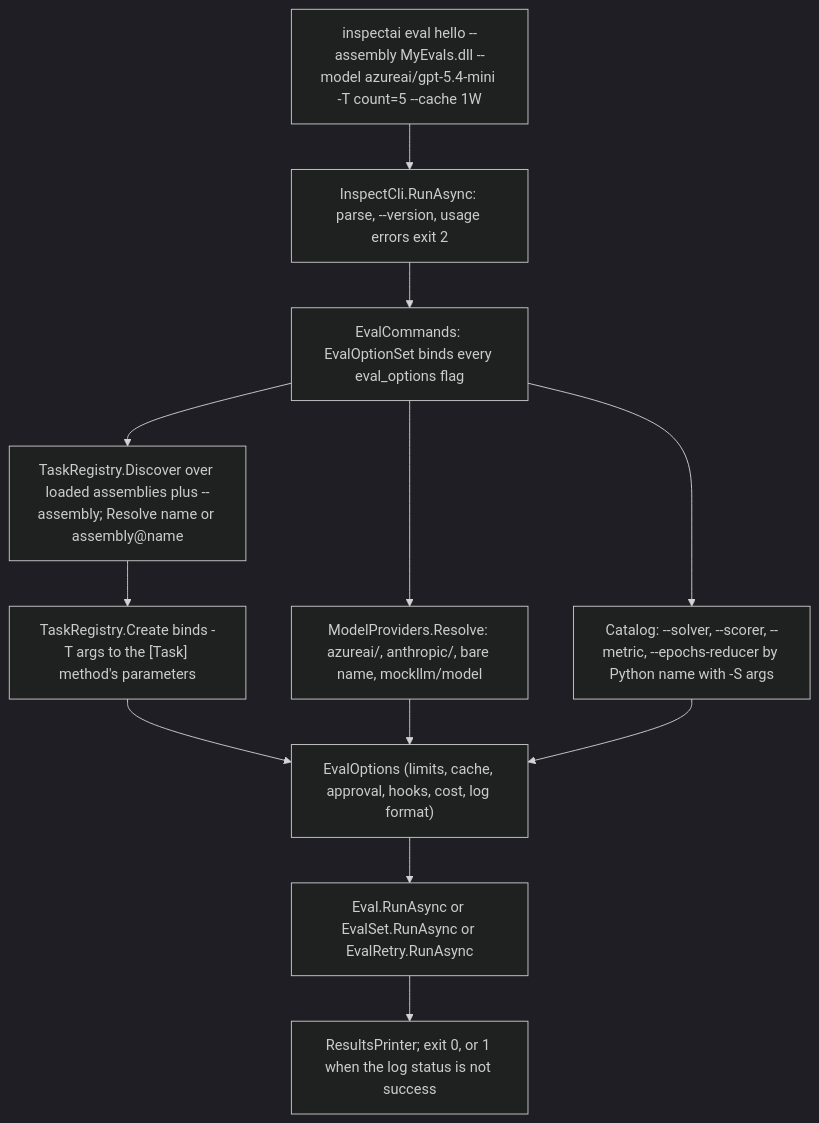
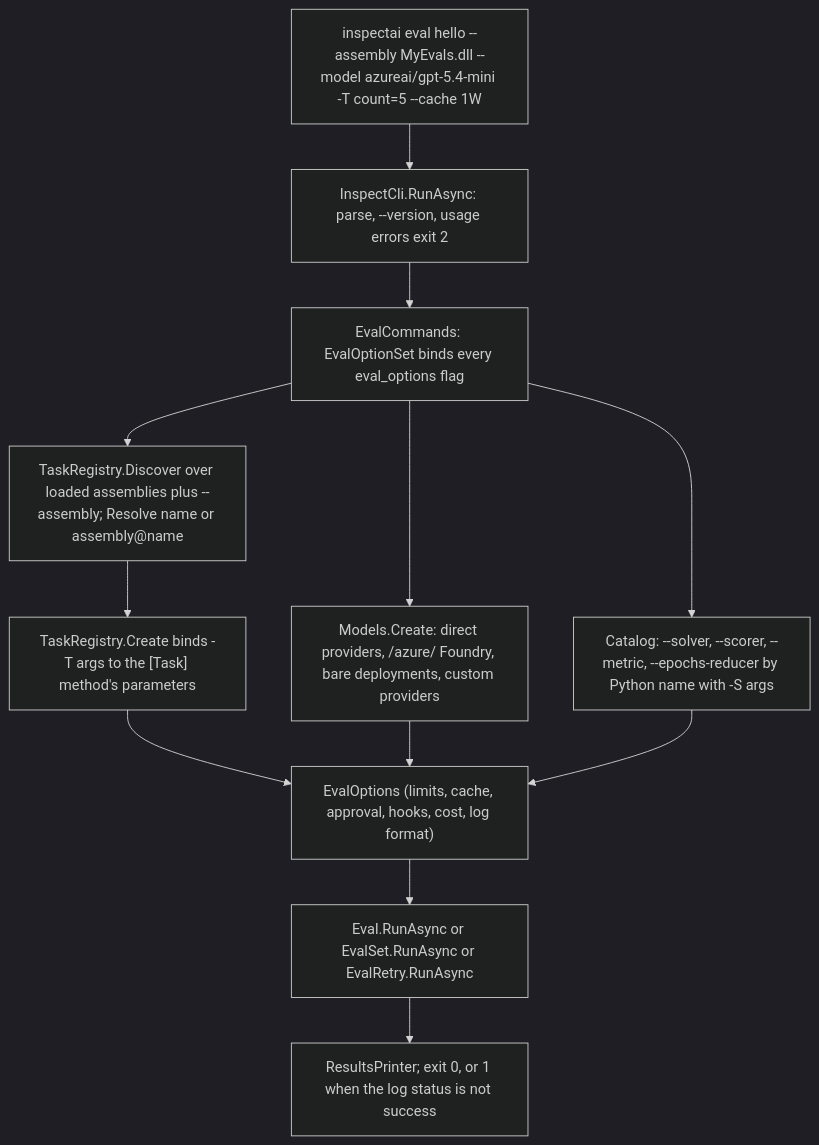
One commit to kevinondanet/foundry-providers changed diagram 23 of 25 in docs/ARCHITECTURE.md. Above: the diagram before and after it, drawn with Mermaid (dark theme). The commit also changed other lines of this file and 25 other files, not shown here.

````diff
--- a/docs/ARCHITECTURE.md
+++ b/docs/ARCHITECTURE.md
@@ -2184,14 +2184,14 @@
 ```mermaid
 flowchart TD
     A["inspectai eval hello --assembly MyEvals.dll --model azureai/gpt-5.4-mini -T count=5 --cache 1W"] --> B["InspectCli.RunAsync: parse, --version, usage errors exit 2"]
     B --> C["EvalCommands: EvalOptionSet binds every eval_options flag"]
     C --> D["TaskRegistry.Discover over loaded assemblies plus --assembly; Resolve name or assembly@name"]
     D --> E["TaskRegistry.Create binds -T args to the [Task] method's parameters"]
-    C --> F["ModelProviders.Resolve: azureai/, anthropic/, bare name, mockllm/model"]
+    C --> F["Models.Create: direct providers, /azure/ Foundry, bare deployments, custom providers"]
     C --> G["Catalog: --solver, --scorer, --metric, --epochs-reducer by Python name with -S args"]
     E --> H["EvalOptions (limits, cache, approval, hooks, cost, log format)"]
     F --> H
     G --> H
     H --> I["Eval.RunAsync or EvalSet.RunAsync or EvalRetry.RunAsync"]
     I --> J["ResultsPrinter; exit 0, or 1 when the log status is not success"]
 ```
````
